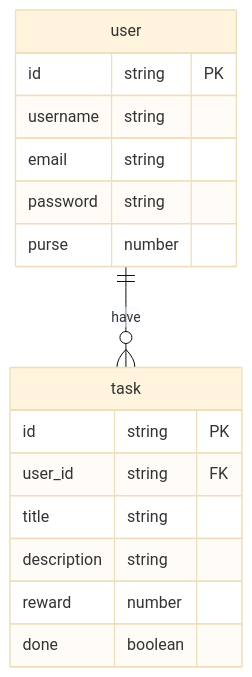
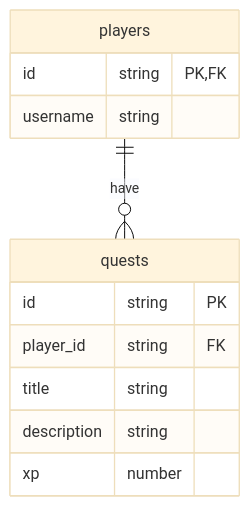
The diagram in README.md (leo-d-a/gamify-website), drawn with Mermaid (base theme) before and after one commit.

Commit message:
[DOC] - change db structure

````diff
--- a/README.md
+++ b/README.md
@@ -12,21 +12,17 @@
 ```mermaid
 erDiagram
 
-user {
+players {
+  id string PK,FK
+  username string
+}
+players ||--o{ quests: have
+
+quests {
   id string PK
-  username string
-  email string
-  password string
-  purse number
-}
-user ||--o{ task: have
-
-task {
-  id string PK
-  user_id string FK
+  player_id string FK
   title string
   description string
-  reward number
-  done boolean
+  xp number
 }
 ```
````
